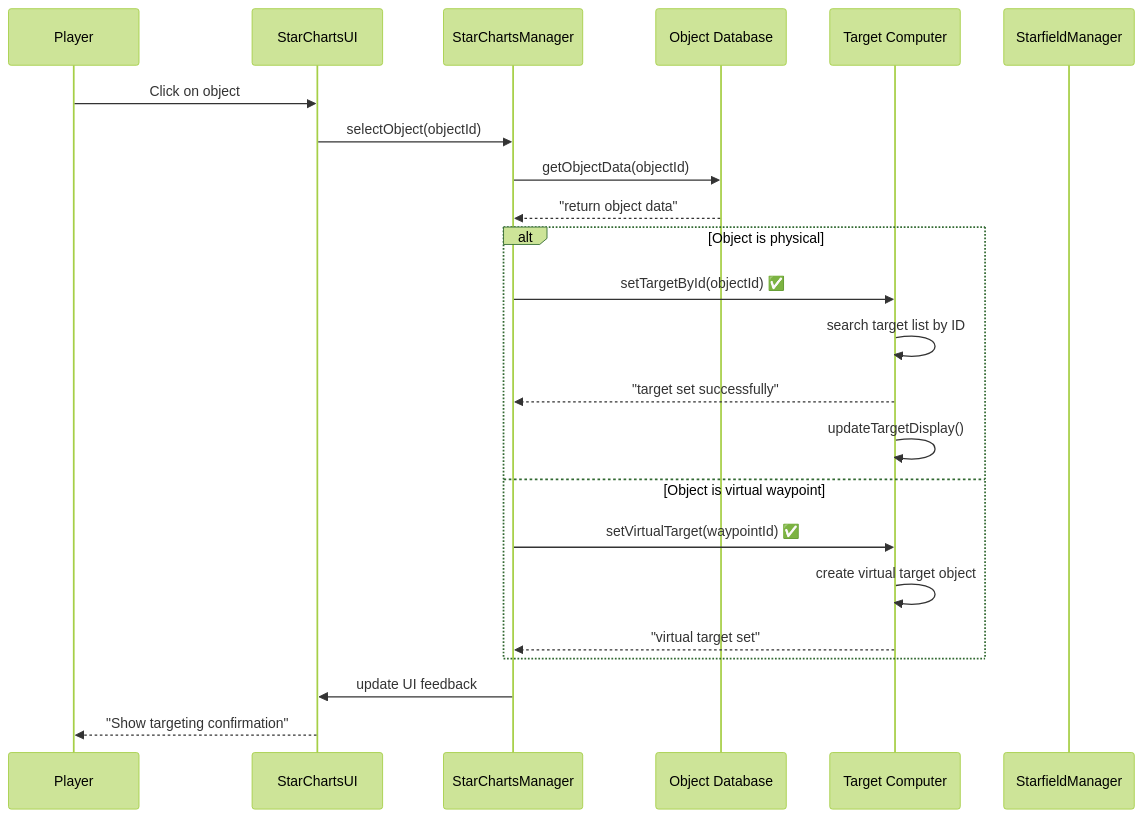
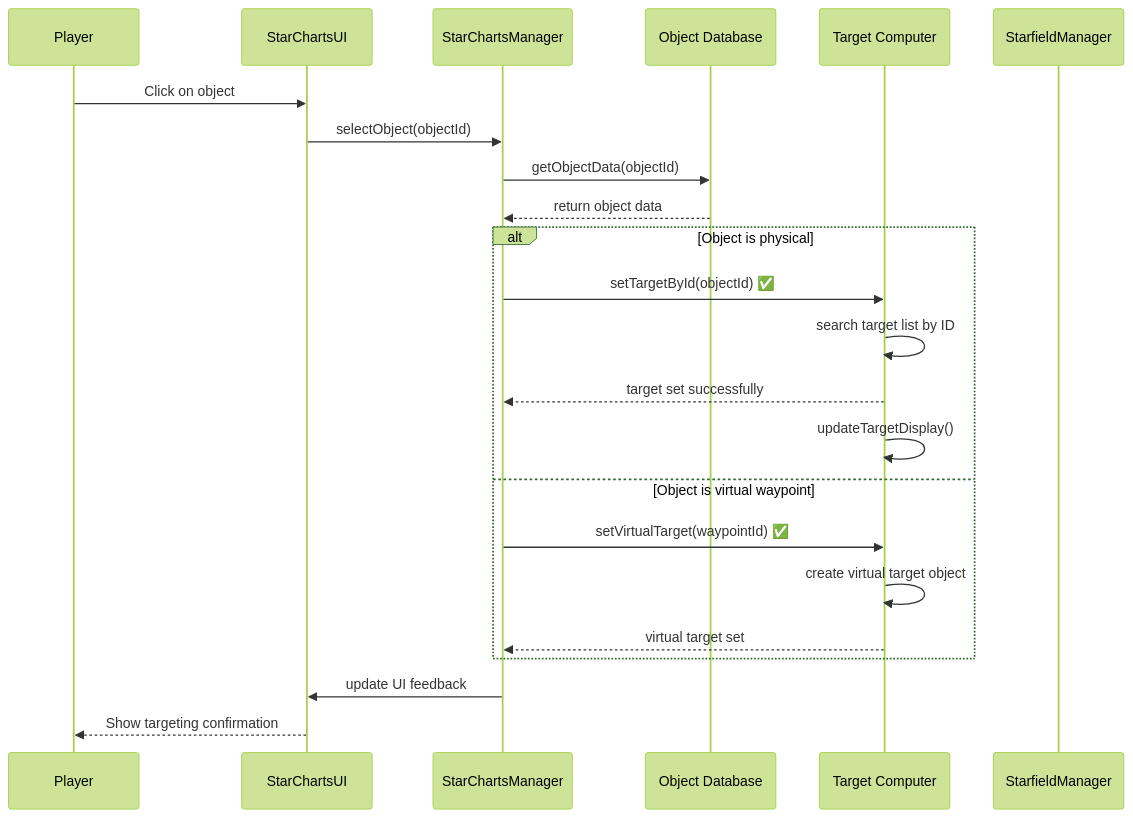
Before and after one commit to thoracle/planetz: the seventh of 7 diagrams in docs/star_charts_system_spec.md, drawn with Mermaid (forest theme). The commit also changed other lines of this file and 42 other files, not shown here.

Commit message:
star charts with broken targeting

````diff
--- a/docs/star_charts_system_spec.md
+++ b/docs/star_charts_system_spec.md
@@ -602,28 +602,28 @@
 ```mermaid
 sequenceDiagram
     participant User as Player
     participant SCUI as StarChartsUI
     participant SCM as StarChartsManager
     participant DB as Object Database
     participant TC as Target Computer
     participant Starfield as StarfieldManager
 
     User->>SCUI: Click on object
     SCUI->>SCM: selectObject(objectId)
     SCM->>DB: getObjectData(objectId)
-    DB-->>SCM: "return object data"
+    DB-->>SCM: return object data
 
     alt Object is physical
         SCM->>TC: setTargetById(objectId) ✅
         TC->>TC: search target list by ID
-        TC-->>SCM: "target set successfully"
+        TC-->>SCM: target set successfully
         TC->>TC: updateTargetDisplay()
     else Object is virtual waypoint
         SCM->>TC: setVirtualTarget(waypointId) ✅
         TC->>TC: create virtual target object
-        TC-->>SCM: "virtual target set"
+        TC-->>SCM: virtual target set
     end
 
     SCM->>SCUI: update UI feedback
-    SCUI-->>User: "Show targeting confirmation"
+    SCUI-->>User: Show targeting confirmation
 ```
````
